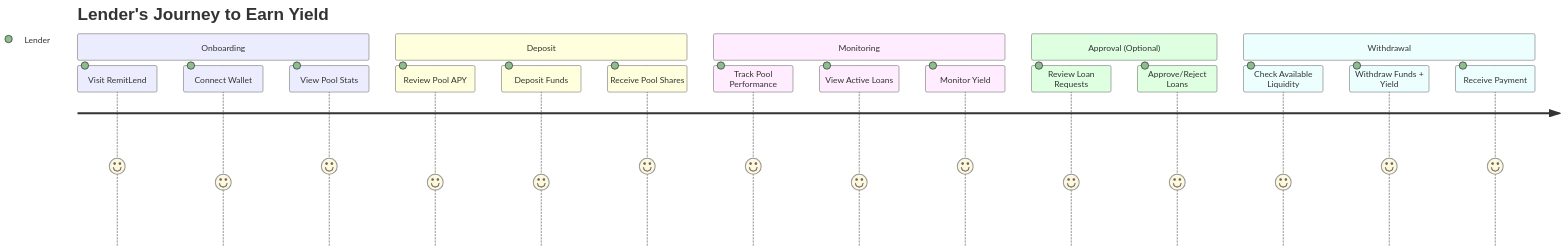
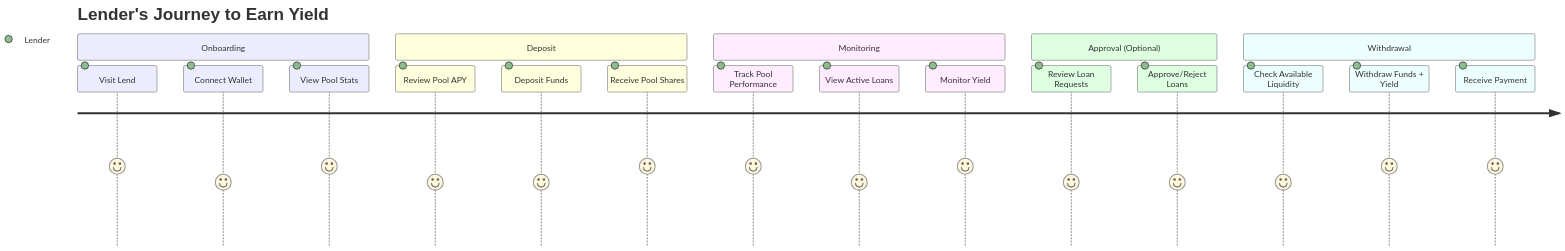
The seventh of 20 diagrams in ARCHITECTURE.md (product-labo/lend), drawn with Mermaid before and after one commit. The commit also changed other lines of this file and 92 other files, not shown here.

First line of the commit message:
rebrand: rename RemitLend to Lend across the codebase

````diff
--- a/ARCHITECTURE.md
+++ b/ARCHITECTURE.md
@@ -408,23 +408,23 @@
 ```mermaid
 journey
     title Lender's Journey to Earn Yield
     section Onboarding
-      Visit RemitLend: 5: Lender
+      Visit Lend: 5: Lender
       Connect Wallet: 4: Lender
       View Pool Stats: 5: Lender
     section Deposit
       Review Pool APY: 4: Lender
       Deposit Funds: 4: Lender
       Receive Pool Shares: 5: Lender
     section Monitoring
       Track Pool Performance: 5: Lender
       View Active Loans: 4: Lender
       Monitor Yield: 5: Lender
     section Approval (Optional)
       Review Loan Requests: 4: Lender
       Approve/Reject Loans: 4: Lender
     section Withdrawal
       Check Available Liquidity: 4: Lender
       Withdraw Funds + Yield: 5: Lender
       Receive Payment: 5: Lender
 ```
````
